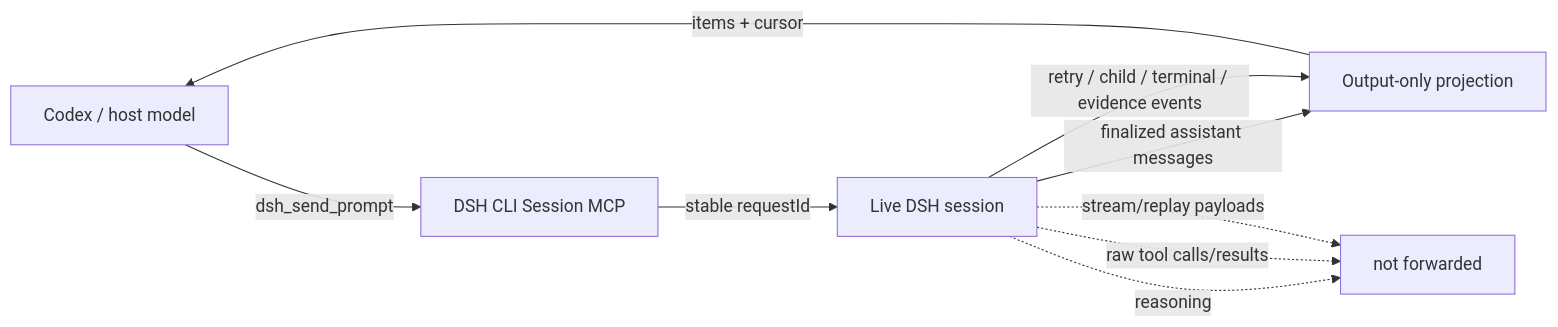
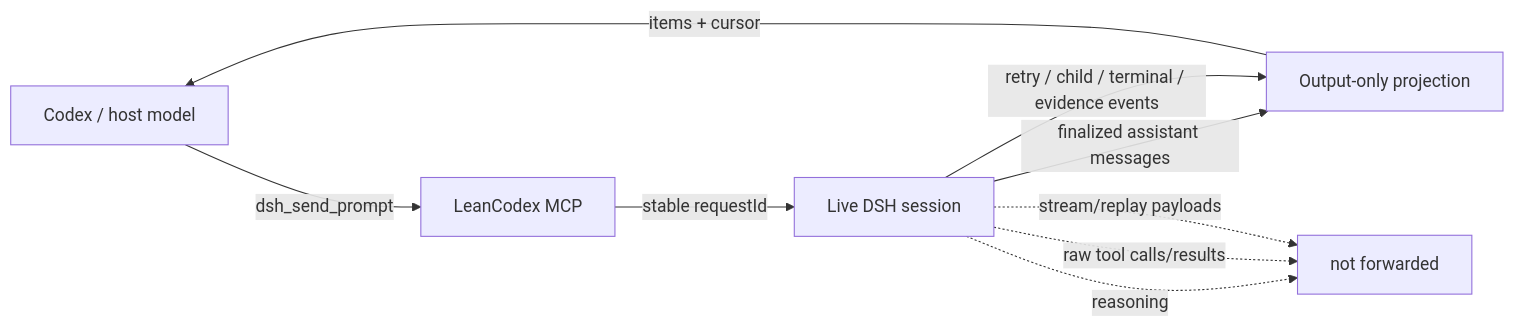
One commit to ShehabYahya/LeanCodex changed the first of 2 diagrams in README.md. Above: the diagram before and after it, drawn with Mermaid. The commit also changed other lines of this file and 13 other files, not shown here.

First line of the commit message:
Rebrand as LeanCodex and prepare v1.0.3

````diff
--- a/README.md
+++ b/README.md
@@ -29,12 +29,12 @@
 ```mermaid
 flowchart LR
-    H["Codex / host model"] -->|"dsh_send_prompt"| M["DSH CLI Session MCP"]
+    H["Codex / host model"] -->|"dsh_send_prompt"| M["LeanCodex MCP"]
     M -->|"stable requestId"| D["Live DSH session"]
     D -->|"finalized assistant messages"| F["Output-only projection"]
     D -->|"retry / child / terminal / evidence events"| F
     F -->|"items + cursor"| H
 
     D -. "reasoning" .-> X["not forwarded"]
     D -. "raw tool calls/results" .-> X
     D -. "stream/replay payloads" .-> X
 ```
````
